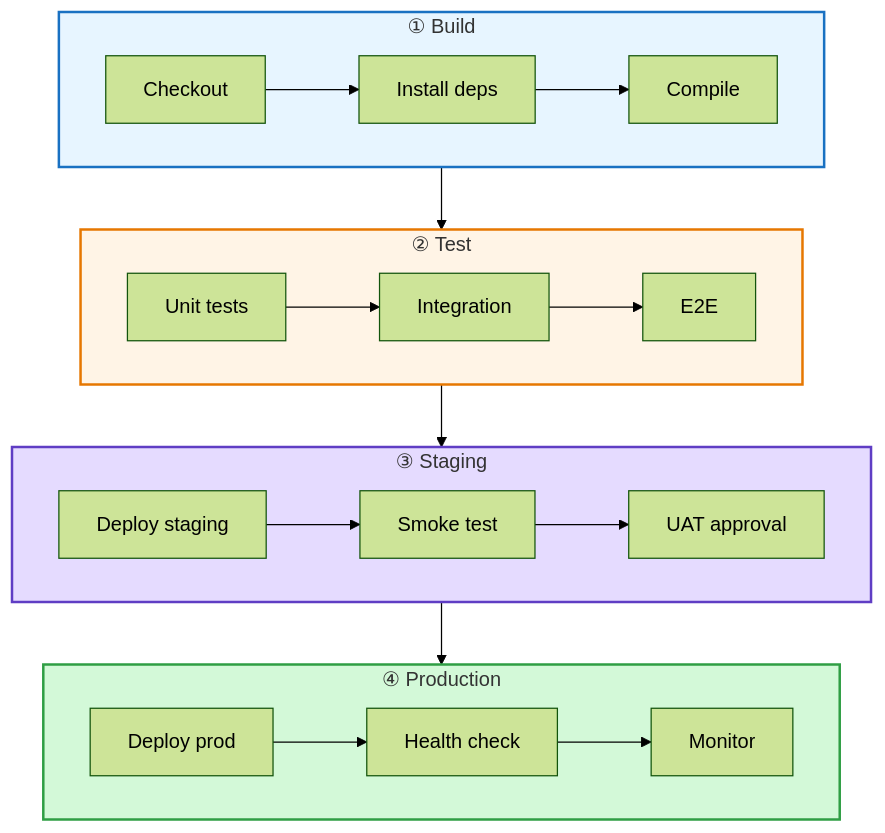
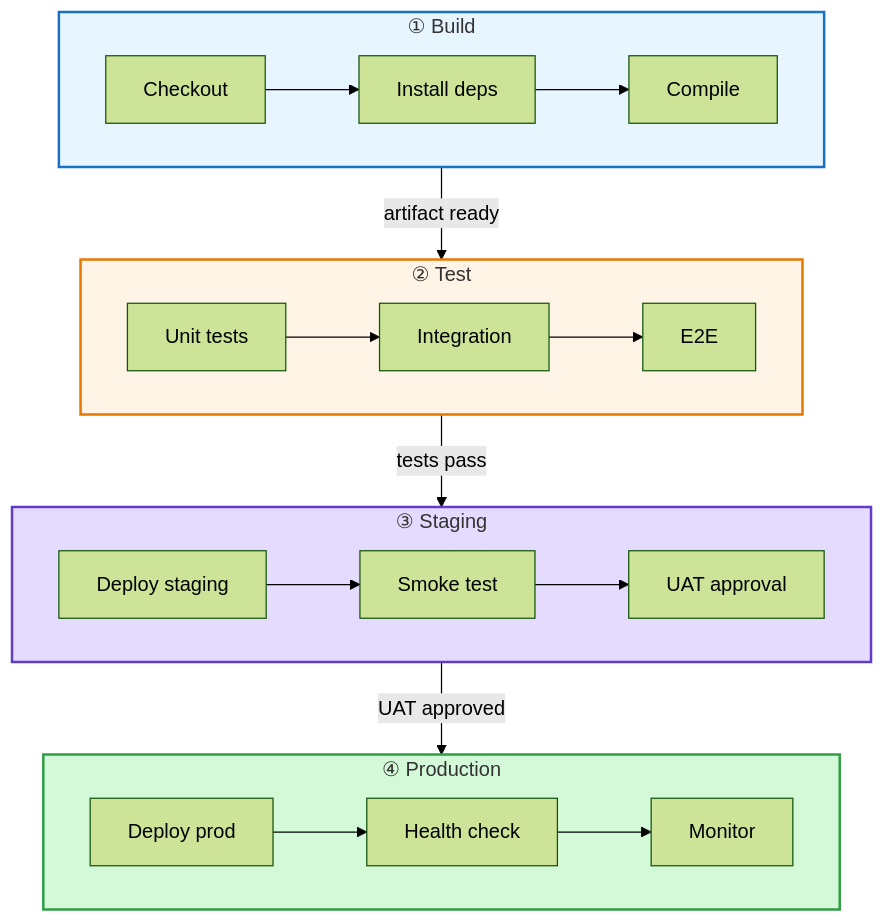
Diagram 15 of 15 in obsidian/skills/obsidian-mermaid-visualizer/flow/flowchart.md (kouko/monkey-skills), drawn with Mermaid (forest theme) before and after one commit. The commit also changed other lines of this file, not shown here.

First line of the commit message:
docs(obsidian-mermaid-visualizer): revise Example 7 step distribution + add transition labels to Examples 7 & 8 (PR #107 update)

````diff
--- a/obsidian/skills/obsidian-mermaid-visualizer/flow/flowchart.md
+++ b/obsidian/skills/obsidian-mermaid-visualizer/flow/flowchart.md
@@ -334,31 +337,31 @@
 ```mermaid
 graph TB
     subgraph build["① Build"]
         direction LR
         B1["Checkout"] --> B2["Install deps"] --> B3["Compile"]
     end
 
     subgraph test["② Test"]
         direction LR
         T1["Unit tests"] --> T2["Integration"] --> T3["E2E"]
     end
 
     subgraph staging["③ Staging"]
         direction LR
         S1["Deploy staging"] --> S2["Smoke test"] --> S3["UAT approval"]
     end
 
     subgraph prod["④ Production"]
         direction LR
         P1["Deploy prod"] --> P2["Health check"] --> P3["Monitor"]
     end
 
-    build --> test
-    test --> staging
-    staging --> prod
+    build -->|"artifact ready"| test
+    test -->|"tests pass"| staging
+    staging -->|"UAT approved"| prod
 
     style build fill:#e7f5ff,stroke:#1971c2,stroke-width:2px
     style test fill:#fff4e6,stroke:#e67700,stroke-width:2px
     style staging fill:#e5dbff,stroke:#5f3dc4,stroke-width:2px
     style prod fill:#d3f9d8,stroke:#2f9e44,stroke-width:2px
 ```
````
